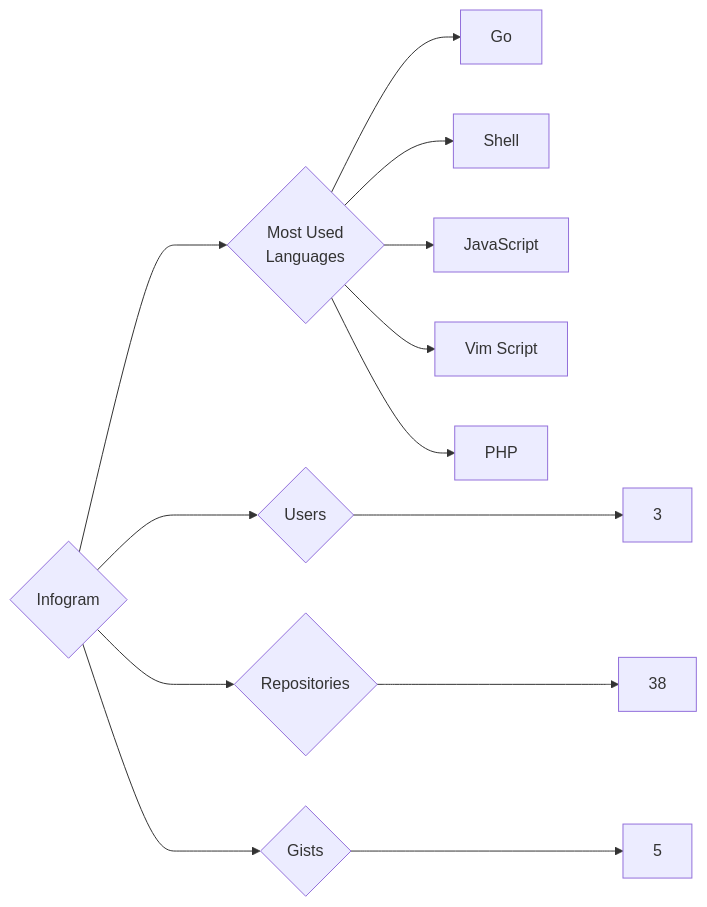
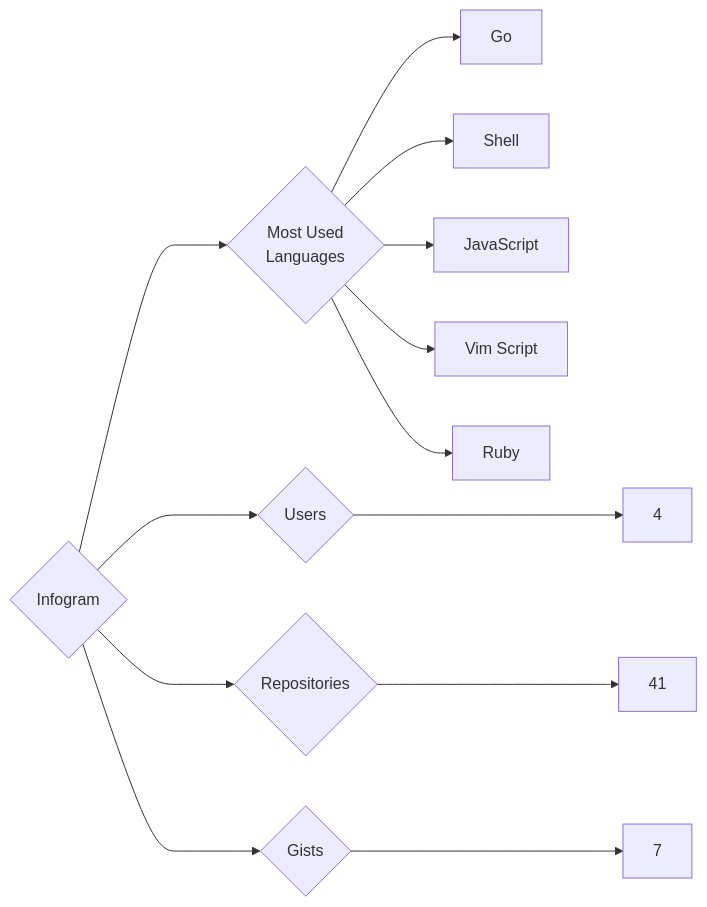
One commit to trickest/insiders changed the diagram in targets/Infogram/README.md. Above: the diagram before and after it, drawn with Mermaid. The commit also changed 440 other files, not shown here.

````diff
--- a/targets/Infogram/README.md
+++ b/targets/Infogram/README.md
@@ -3,13 +3,13 @@
 ```mermaid
 graph LR
 COMPANY_NAME{Infogram}
-COMPANY_NAME ---> U{Users} ---> UN[3]
-COMPANY_NAME ---> R{Repositories} ---> RN[38]
-COMPANY_NAME ---> G{Gists} ---> GN[5]
+COMPANY_NAME ---> U{Users} ---> UN[4]
+COMPANY_NAME ---> R{Repositories} ---> RN[41]
+COMPANY_NAME ---> G{Gists} ---> GN[7]
 COMPANY_NAME ---> ML{Most Used<br>Languages}
 ML --> Go[Go]
 ML --> Shell[Shell]
 ML --> JavaScript[JavaScript]
 ML --> Vim_Script[Vim Script]
-ML --> PHP[PHP]
+ML --> Ruby[Ruby]
 ```
````
